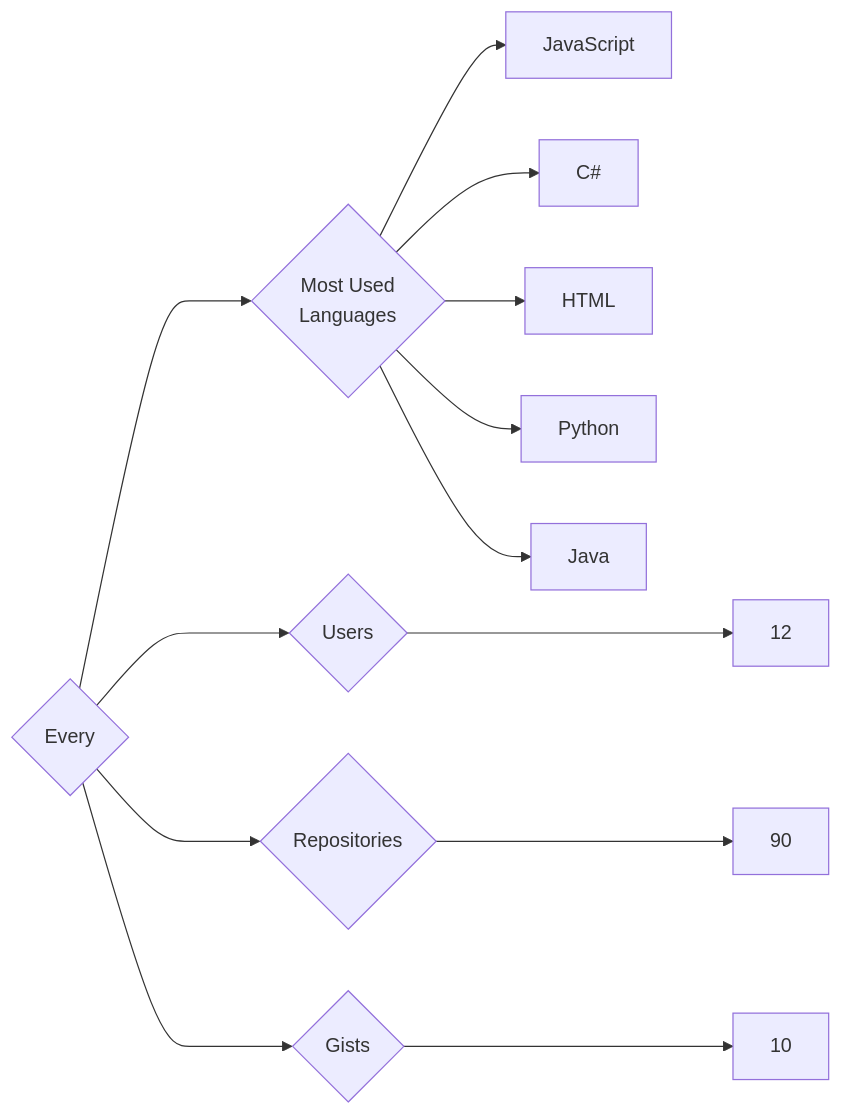
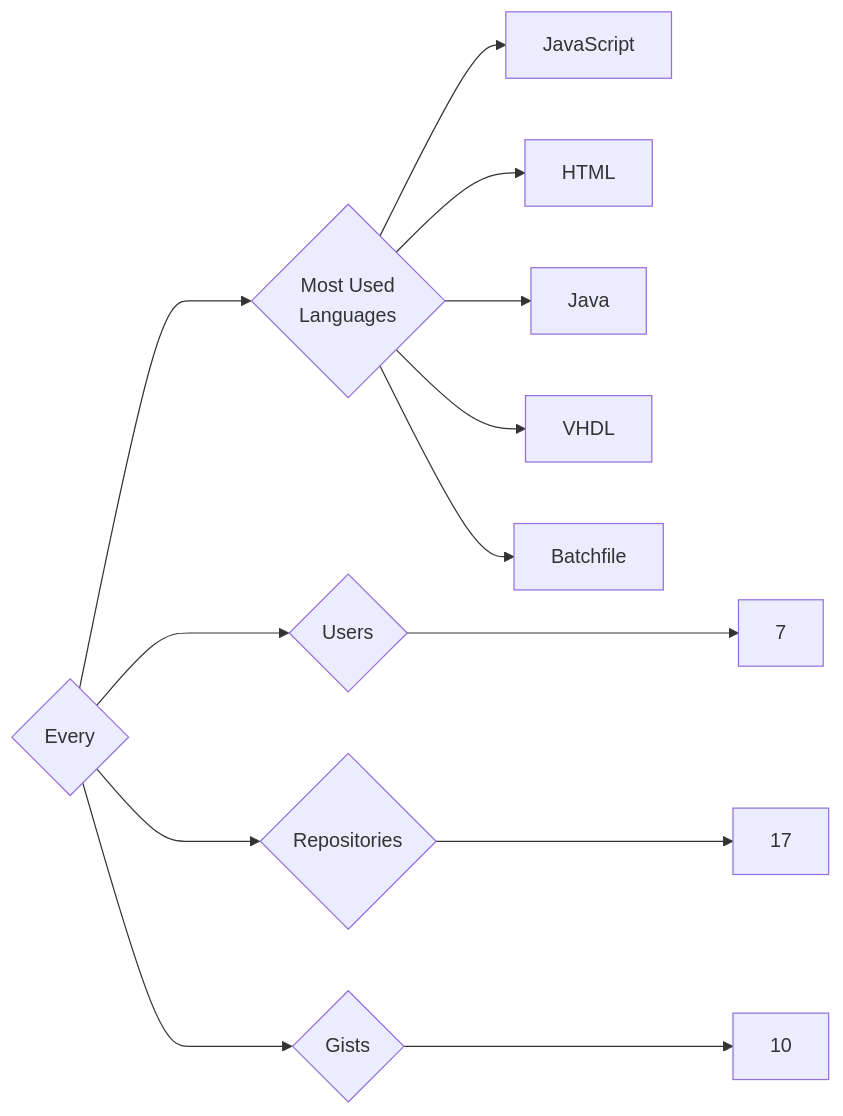
The diagram in targets/Every/README.md (trickest/insiders), drawn with Mermaid before and after one commit. The commit also changed 1020 other files, not shown here.

````diff
--- a/targets/Every/README.md
+++ b/targets/Every/README.md
@@ -3,13 +3,13 @@
 ```mermaid
 graph LR
 COMPANY_NAME{Every}
-COMPANY_NAME ---> U{Users} ---> UN[12]
-COMPANY_NAME ---> R{Repositories} ---> RN[90]
+COMPANY_NAME ---> U{Users} ---> UN[7]
+COMPANY_NAME ---> R{Repositories} ---> RN[17]
 COMPANY_NAME ---> G{Gists} ---> GN[10]
 COMPANY_NAME ---> ML{Most Used<br>Languages}
 ML --> JavaScript[JavaScript]
-ML --> C#[C#]
 ML --> HTML[HTML]
-ML --> Python[Python]
 ML --> Java[Java]
+ML --> VHDL[VHDL]
+ML --> Batchfile[Batchfile]
 ```
````
